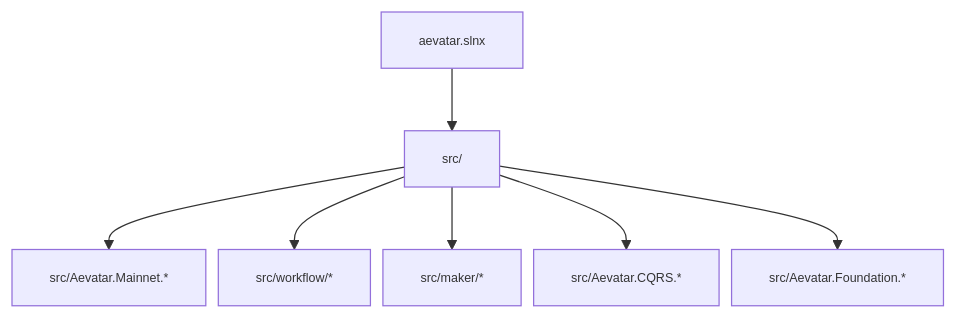
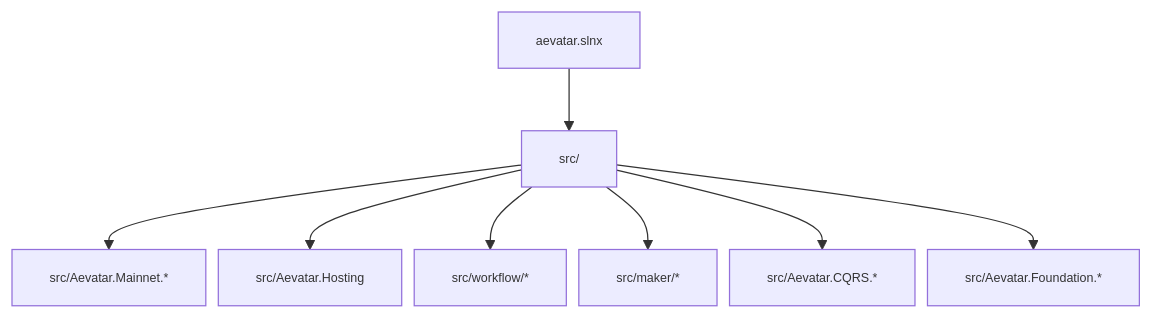
Before and after one commit to aevatarAI/aevatar: the first of 4 diagrams in docs/PROJECT_ARCHITECTURE.md, drawn with Mermaid. The commit also changed other lines of this file and 11 other files, not shown here.

First line of the commit message:
Add Aevatar.Hosting project and integrate capability registration

````diff
--- a/docs/PROJECT_ARCHITECTURE.md
+++ b/docs/PROJECT_ARCHITECTURE.md
@@ -16,10 +16,11 @@
 ```mermaid
 %%{init: {"maxTextSize": 100000, "flowchart": {"useMaxWidth": false, "nodeSpacing": 10, "rankSpacing": 50}, "themeVariables": {"fontSize": "10px"}}}%%
 flowchart TB
     R["aevatar.slnx"] --> SRC["src/"]
     SRC --> MN["src/Aevatar.Mainnet.*"]
+    SRC --> HT["src/Aevatar.Hosting"]
     SRC --> WF["src/workflow/*"]
     SRC --> MK["src/maker/*"]
     SRC --> CQ["src/Aevatar.CQRS.*"]
     SRC --> FD["src/Aevatar.Foundation.*"]
 ```
````
